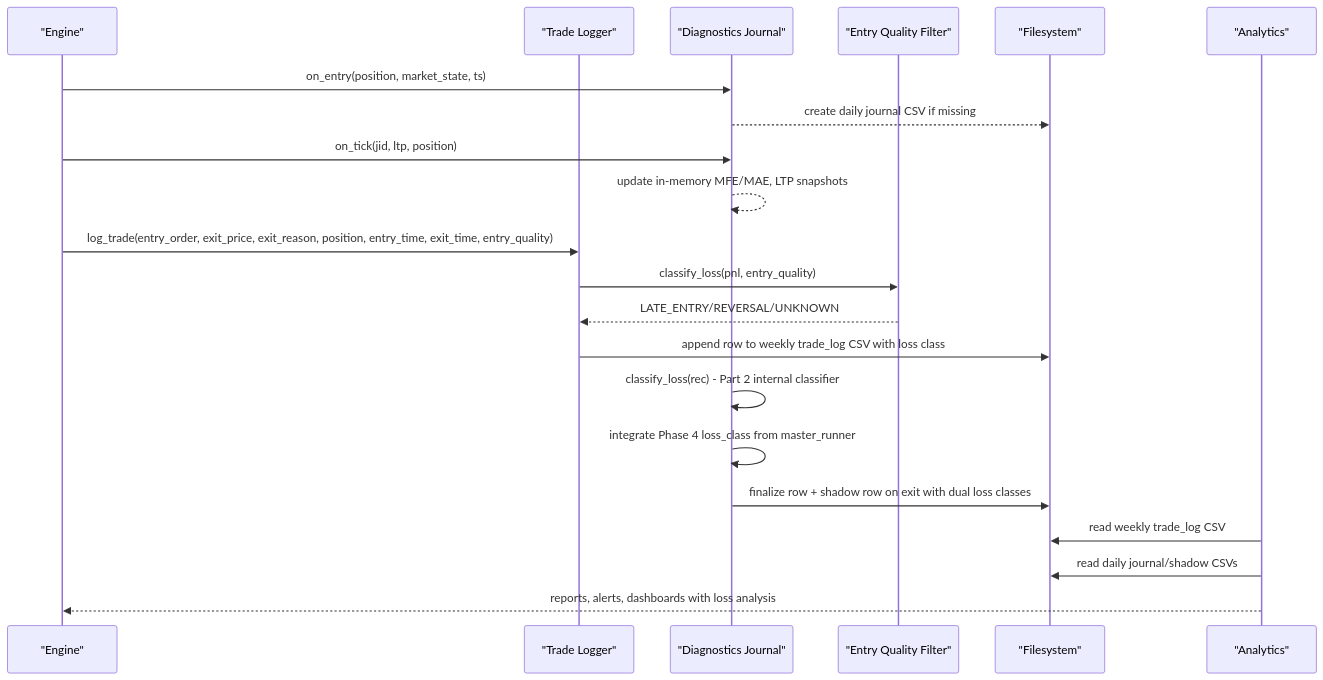
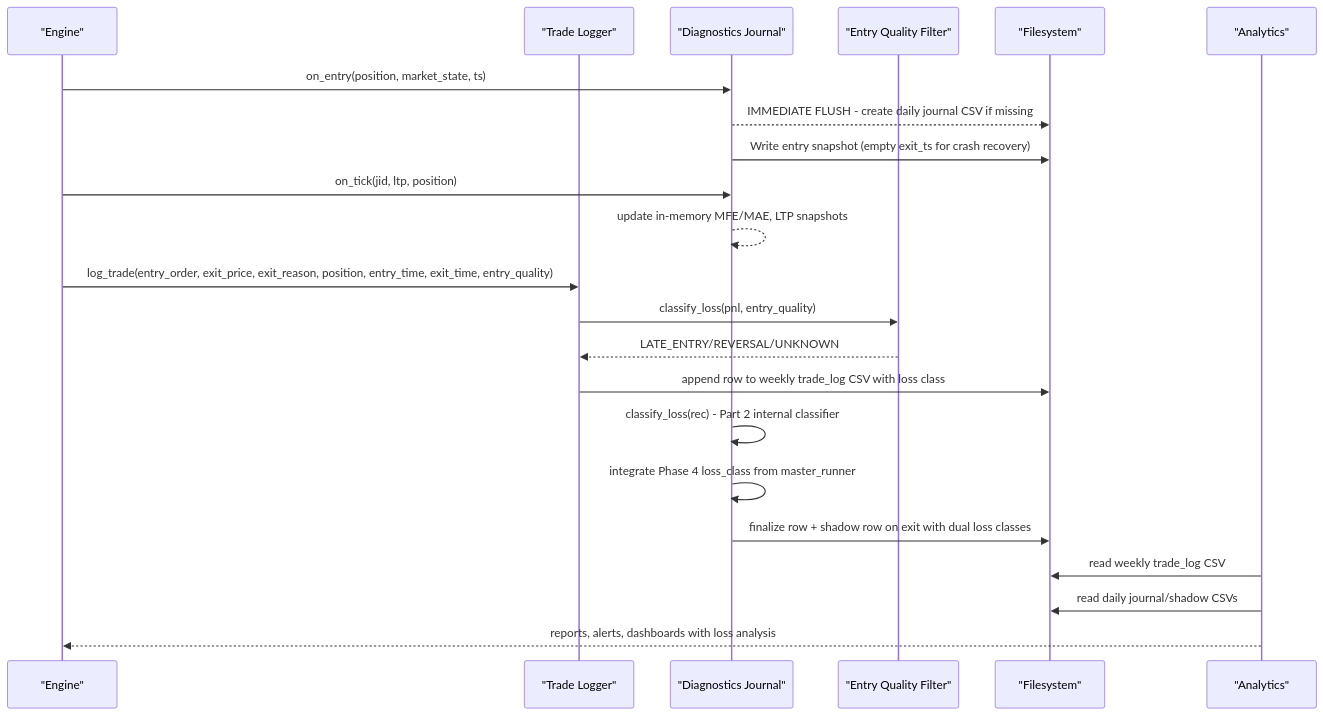
One commit to tauqeersiddiqui-art/tradingsystem changed the second of 6 diagrams in .qoder/repowiki/en/content/Monitoring and Analytics/Trade Journaling.md. Above: the diagram before and after it, drawn with Mermaid. The commit also changed other lines of this file and 60 other files, not shown here.

````diff
--- a/.qoder/repowiki/en/content/Monitoring and Analytics/Trade Journaling.md
+++ b/.qoder/repowiki/en/content/Monitoring and Analytics/Trade Journaling.md
@@ -106,23 +109,24 @@
 ```mermaid
 sequenceDiagram
 participant Eng as "Engine"
 participant TL as "Trade Logger"
 participant TJ as "Diagnostics Journal"
 participant EQF as "Entry Quality Filter"
 participant FS as "Filesystem"
 participant AN as "Analytics"
 Eng->>TJ : on_entry(position, market_state, ts)
-TJ-->>FS : create daily journal CSV if missing
+TJ-->>FS : IMMEDIATE FLUSH - create daily journal CSV if missing
+TJ->>FS : Write entry snapshot (empty exit_ts for crash recovery)
 Eng->>TJ : on_tick(jid, ltp, position)
 TJ-->>TJ : update in-memory MFE/MAE, LTP snapshots
 Eng->>TL : log_trade(entry_order, exit_price, exit_reason, position, entry_time, exit_time, entry_quality)
 TL->>EQF : classify_loss(pnl, entry_quality)
 EQF-->>TL : LATE_ENTRY/REVERSAL/UNKNOWN
 TL->>FS : append row to weekly trade_log CSV with loss class
 TJ->>TJ : classify_loss(rec) - Part 2 internal classifier
 TJ->>TJ : integrate Phase 4 loss_class from master_runner
 TJ->>FS : finalize row + shadow row on exit with dual loss classes
 AN->>FS : read weekly trade_log CSV
 AN->>FS : read daily journal/shadow CSVs
 AN-->>Eng : reports, alerts, dashboards with loss analysis
 ```
````
